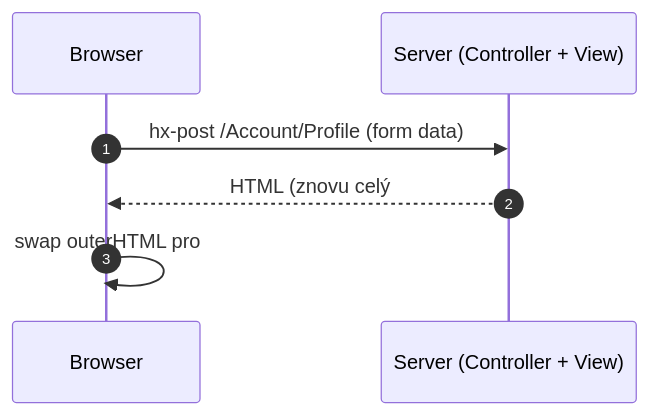
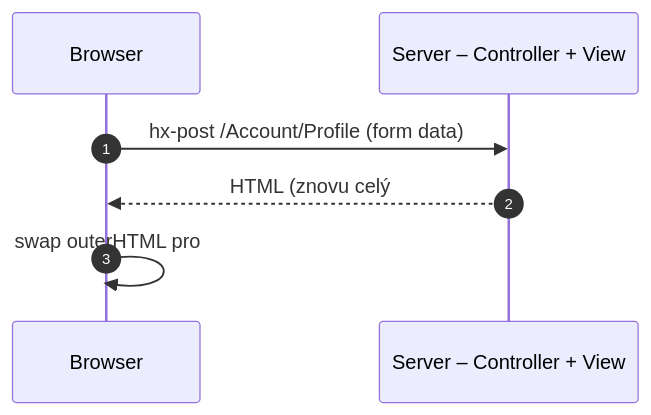
Before and after one commit to Rsm77/DigitalniProdukty: the fifth of 10 diagrams in docs/princip-a-pouziti-aplikace.md, drawn with Mermaid. The commit also changed other lines of this file and 1 other file, not shown here.

Commit message:
docs: fix Mermaid labels for GitHub

````diff
--- a/docs/princip-a-pouziti-aplikace.md
+++ b/docs/princip-a-pouziti-aplikace.md
@@ -123,10 +123,10 @@
 ```mermaid
 sequenceDiagram
   autonumber
   participant B as Browser
-  participant S as Server (Controller + View)
+  participant S as Server – Controller + View
 
   B->>S: hx-post /Account/Profile (form data)
   S-->>B: HTML (znovu celý #profile-card)
   B->>B: swap outerHTML pro #profile-card
 ```
````
